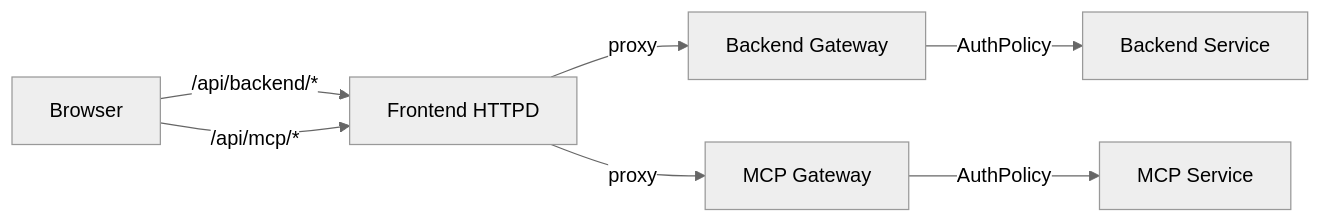
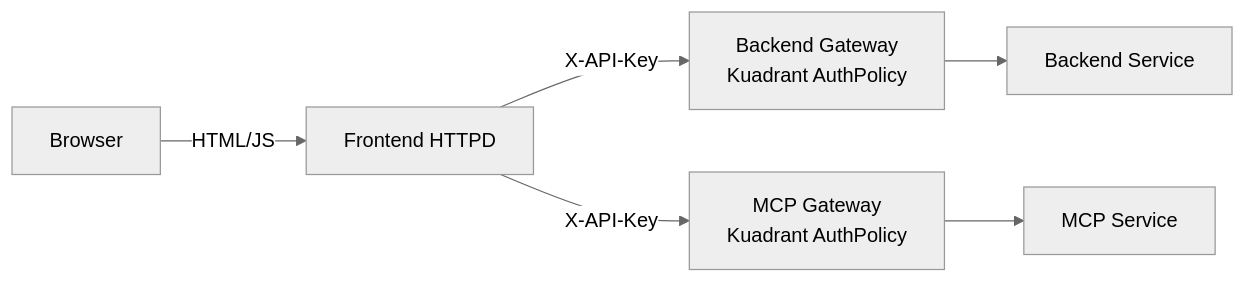
The diagram in content/modules/ROOT/pages/06-deploy-frontend-gateway.adoc (maximilianoPizarro/showroom-from-zero-to-hero), drawn with Mermaid (neutral theme) before and after one commit. The commit also changed other lines of this file and 3 other files, not shown here.

```diff
--- a/content/modules/ROOT/pages/06-deploy-frontend-gateway.adoc
+++ b/content/modules/ROOT/pages/06-deploy-frontend-gateway.adoc
@@ -71,10 +82,9 @@
 [mermaid]
 ....
 graph LR
-    Browser -->|/api/backend/*| FE[Frontend HTTPD]
-    Browser -->|/api/mcp/*| FE
-    FE -->|proxy| BGW[Backend Gateway]
-    FE -->|proxy| MGW[MCP Gateway]
-    BGW -->|AuthPolicy| BE[Backend Service]
-    MGW -->|AuthPolicy| MCP[MCP Service]
+    Browser -->|HTML/JS| FE[Frontend HTTPD]
+    FE -->|X-API-Key| BGW[Backend Gateway<br>Kuadrant AuthPolicy]
+    FE -->|X-API-Key| MGW[MCP Gateway<br>Kuadrant AuthPolicy]
+    BGW --> BE[Backend Service]
+    MGW --> MCP[MCP Service]
 ....
```
